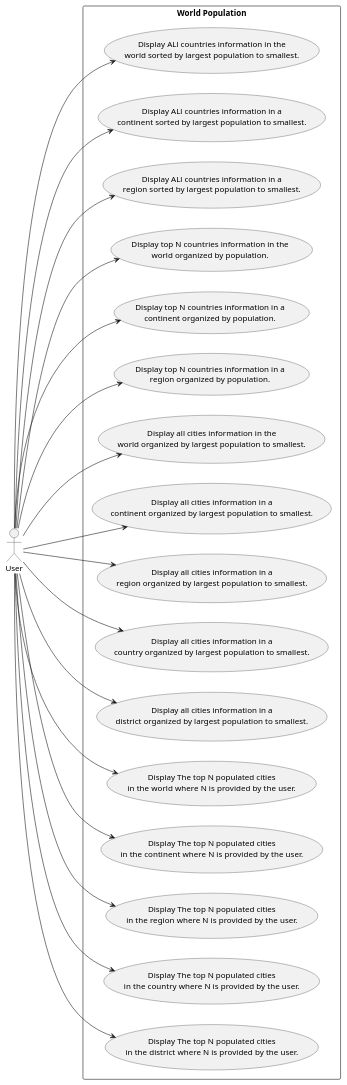
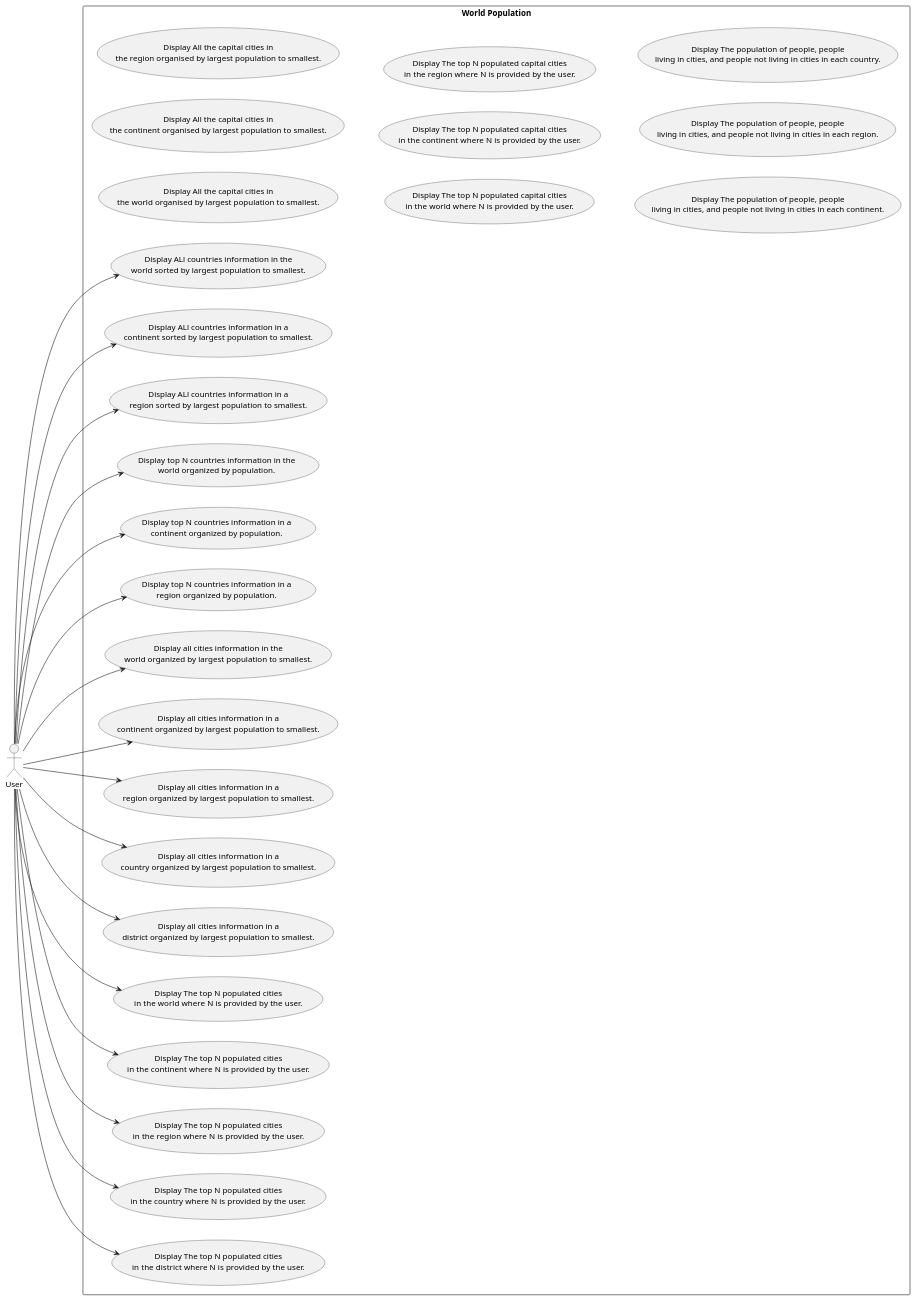
One commit to Nyein-Thu-Aung315/GP7 changed the diagram in use-cases/World Population.puml. Above: the diagram before and after it, drawn with PlantUML.

Commit message:
Update usecase diagram

```diff
--- a/use-cases/World Population.puml
+++ b/use-cases/World Population.puml
@@ -1,73 +1,100 @@
 @startuml
 left to right direction
 actor User as "User"
 
 rectangle "World Population" {
     usecase UC1 as "Display ALl countries information in the
     world sorted by largest population to smallest."
 
     usecase UC2 as "Display ALl countries information in a
                     continent sorted by largest population to smallest."
 
     usecase UC3 as "Display ALl countries information in a
                     region sorted by largest population to smallest."
 
     usecase UC4 as "Display top N countries information in the
                     world organized by population."
 
     usecase UC5 as "Display top N countries information in a
                     continent organized by population."
 
     usecase UC6 as "Display top N countries information in a
                     region organized by population."
 
     usecase UC7 as "Display all cities information in the
                      world organized by largest population to smallest."
 
     usecase UC8 as "Display all cities information in a
                     continent organized by largest population to smallest."
 
     usecase UC9 as "Display all cities information in a
                         region organized by largest population to smallest."
 
     usecase UC10 as "Display all cities information in a
                         country organized by largest population to smallest."
 
     usecase UC11 as "Display all cities information in a
                             district organized by largest population to smallest."
 
     usecase UC12 as "Display The top N populated cities
     in the world where N is provided by the user."
 
     usecase UC13 as "Display The top N populated cities
         in the continent where N is provided by the user."
 
     usecase UC14 as "Display The top N populated cities
         in the region where N is provided by the user."
 
     usecase UC15 as "Display The top N populated cities
         in the country where N is provided by the user."
 
     usecase UC16 as "Display The top N populated cities
         in the district where N is provided by the user."
 
+    usecase UC17 as "Display All the capital cities in
+        the world organised by largest population to smallest."
+
+    usecase UC18 as "Display All the capital cities in
+        the continent organised by largest population to smallest."
+
+    usecase UC19 as "Display All the capital cities in
+        the region organised by largest population to smallest."
+
+    usecase UC20 as "Display The top N populated capital cities
+        in the world where N is provided by the user."
+
+    usecase UC21 as "Display The top N populated capital cities
+        in the continent where N is provided by the user."
+
+    usecase UC22 as "Display The top N populated capital cities
+        in the region where N is provided by the user."
+
+    usecase UC23 as "Display The population of people, people
+        living in cities, and people not living in cities in each continent."
+
+    usecase UC24 as "Display The population of people, people
+        living in cities, and people not living in cities in each region."
+
+    usecase UC25 as "Display The population of people, people
+        living in cities, and people not living in cities in each country."
+
     User ---> UC1
     User ---> UC2
     User ---> UC3
     User ---> UC4
     User ---> UC5
     User ---> UC6
     User ---> UC7
     User ---> UC8
     User ---> UC9
     User ---> UC10
     User ---> UC11
     User ---> UC12
     User ---> UC13
     User ---> UC14
     User ---> UC15
     User ---> UC16
 
 }
 
 @enduml
```
